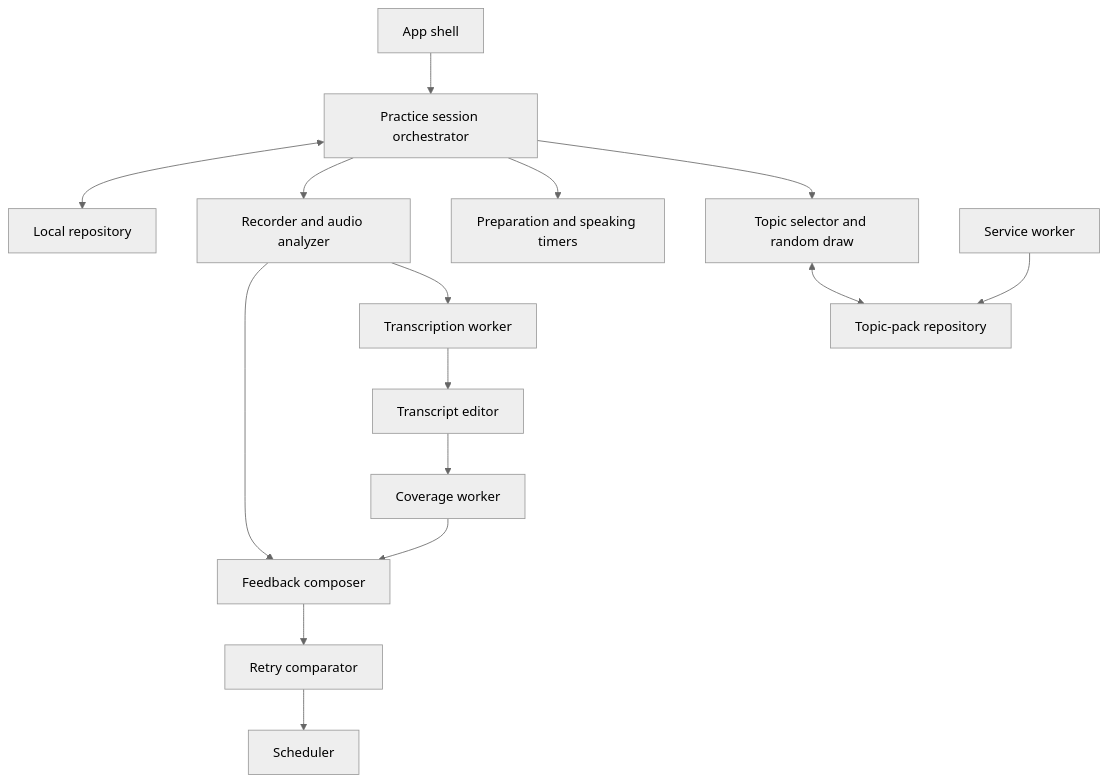
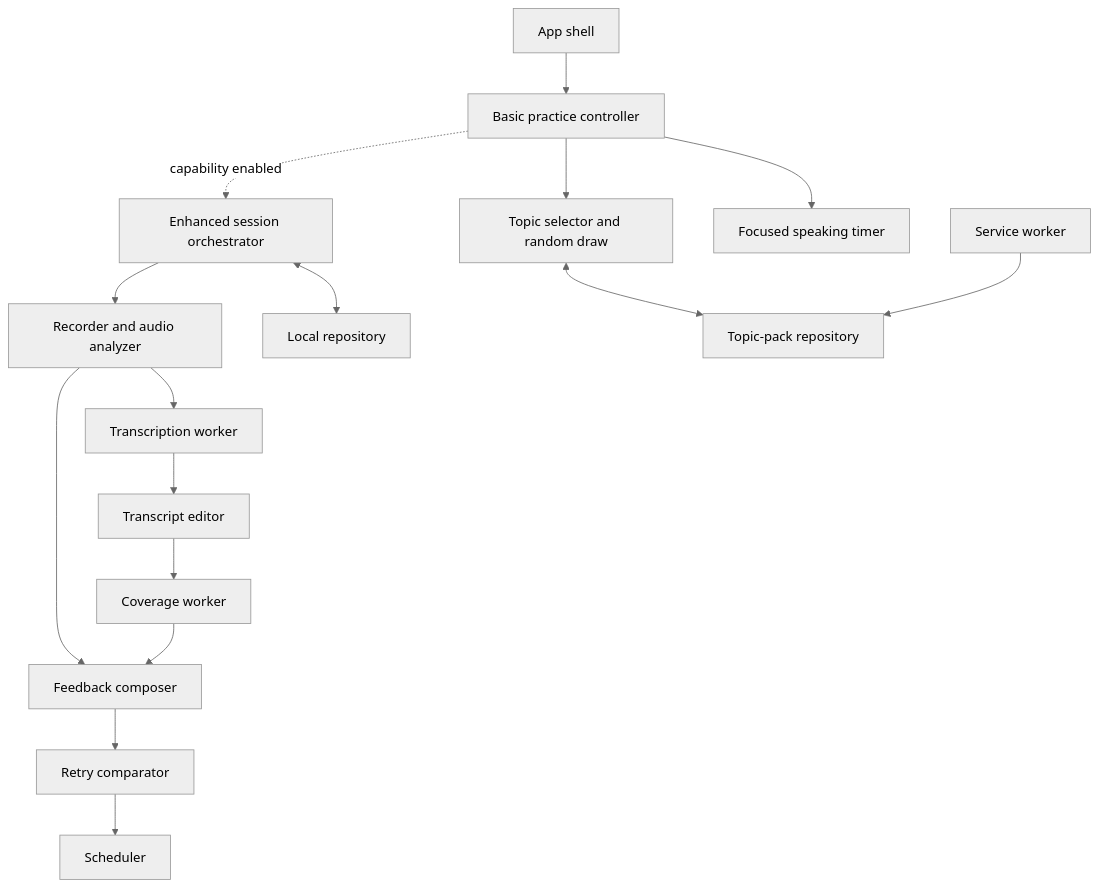
One commit to utkarsh-senpai/MediPrompt changed the first of 3 diagrams in docs/L3_COMPONENT_DESIGN.md. Above: the diagram before and after it, drawn with Mermaid (neutral theme). The commit also changed other lines of this file and 5 other files, not shown here.

Commit message:
docs: make the core speaking flow the product baseline

````diff
--- a/docs/L3_COMPONENT_DESIGN.md
+++ b/docs/L3_COMPONENT_DESIGN.md
@@ -9,32 +9,34 @@
 ```mermaid
 flowchart TB
     Shell[App shell]
-    Session[Practice session orchestrator]
+    Session[Basic practice controller]
+    Enhanced[Enhanced session orchestrator]
     Topics[Topic selector and random draw]
-    Timer[Preparation and speaking timers]
+    Timer[Focused speaking timer]
     Audio[Recorder and audio analyzer]
     STT[Transcription worker]
     Editor[Transcript editor]
     Coverage[Coverage worker]
     Feedback[Feedback composer]
     Compare[Retry comparator]
     Schedule[Scheduler]
     Repo[Local repository]
     Packs[Topic-pack repository]
     SW[Service worker]
 
     Shell --> Session
     Session --> Topics
     Session --> Timer
-    Session --> Audio
+    Session -.->|capability enabled| Enhanced
+    Enhanced --> Audio
     Audio --> STT
     STT --> Editor
     Editor --> Coverage
     Audio --> Feedback
     Coverage --> Feedback
     Feedback --> Compare
     Compare --> Schedule
-    Session <--> Repo
+    Enhanced <--> Repo
     Topics <--> Packs
     SW --> Packs
 ```
````
